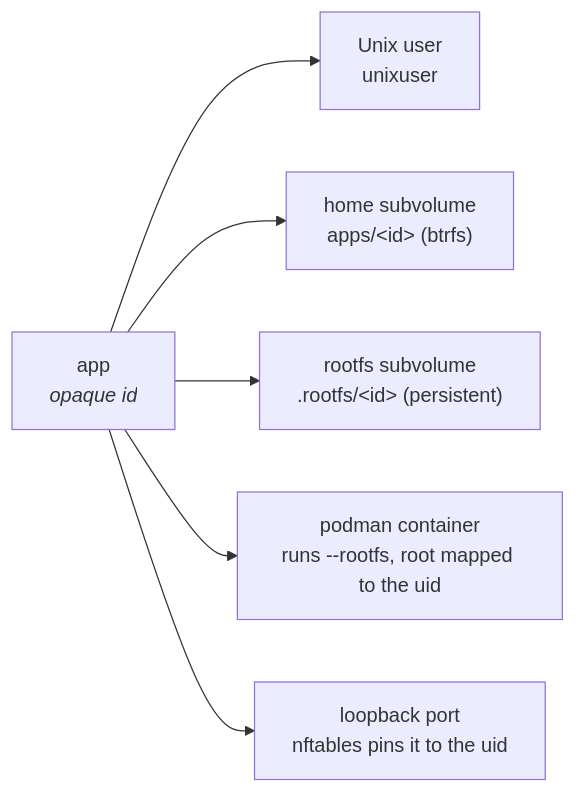
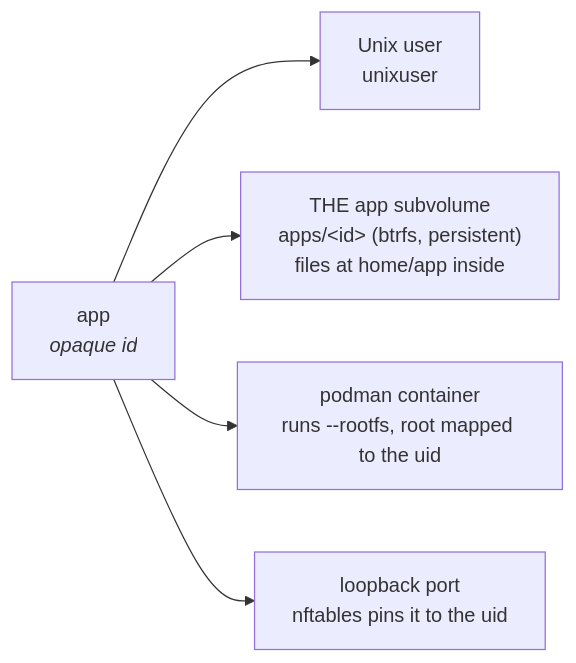
Before and after one commit to binwiederhier/hostit: the third of 9 diagrams in docs/slides/presentations/tech-overview.md, drawn with Mermaid. The commit also changed other lines of this file and 21 other files, not shown here.

````diff
--- a/docs/slides/presentations/tech-overview.md
+++ b/docs/slides/presentations/tech-overview.md
@@ -204,8 +204,7 @@
 ```mermaid
 flowchart LR
   A["app<br/><i>opaque id</i>"] --> U["Unix user<br/>unixuser"]
-  A --> H["home subvolume<br/>apps/&lt;id&gt; (btrfs)"]
-  A --> R["rootfs subvolume<br/>.rootfs/&lt;id&gt; (persistent)"]
+  A --> S["THE app subvolume<br/>apps/&lt;id&gt; (btrfs, persistent)<br/>files at home/app inside"]
   A --> C["podman container<br/>runs --rootfs, root mapped to the uid"]
   A --> P["loopback port<br/>nftables pins it to the uid"]
 ```
````
